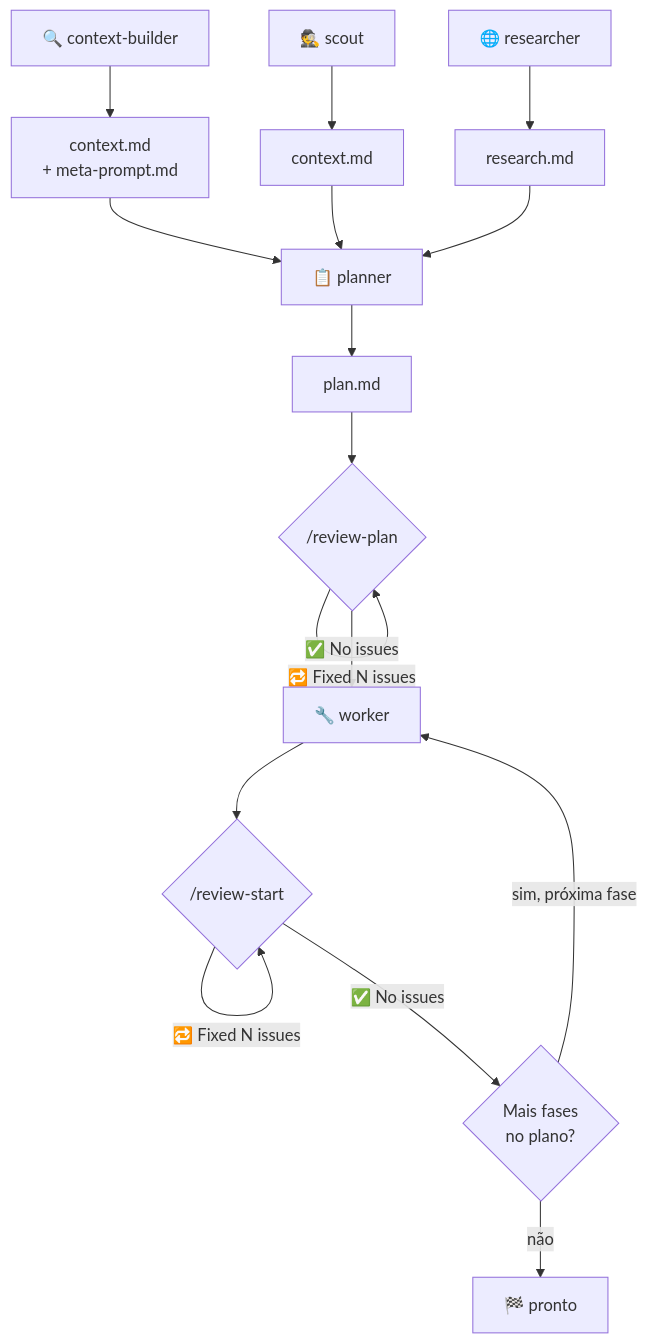
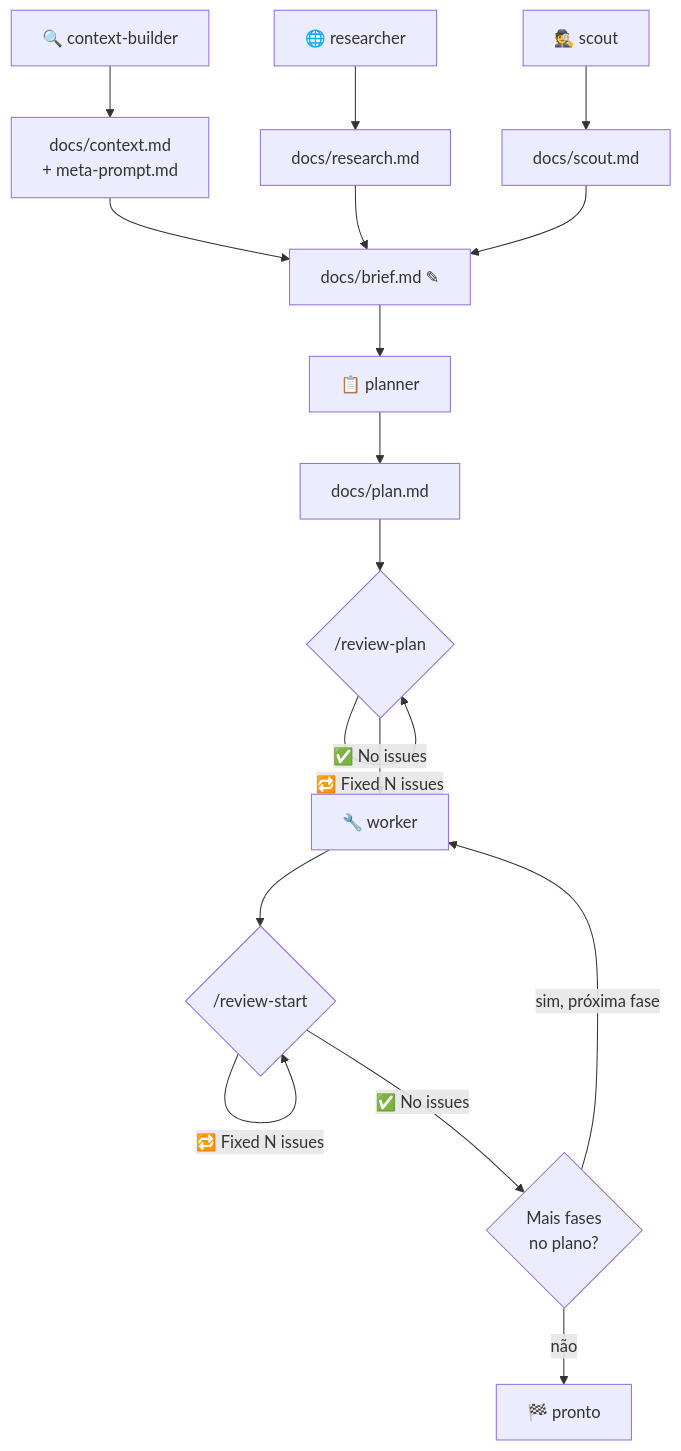
One commit to docg1701/pi-dev-config changed the diagram in PI_DEV_CHEATSHEET.md. Above: the diagram before and after it, drawn with Mermaid. The commit also changed other lines of this file, not shown here.

Commit message:
Restaura docs/ e brief.md como convenção do workflow (não defaults de agente)

````diff
--- a/PI_DEV_CHEATSHEET.md
+++ b/PI_DEV_CHEATSHEET.md
@@ -35,21 +35,23 @@
 ```mermaid
 flowchart TD
-    CB["🔍 context-builder"] --> CTX["context.md<br>+ meta-prompt.md"]
-    RS["🌐 researcher"] --> RES["research.md"]
-    SC["🕵️ scout"] --> CTX2["context.md"]
+    CB["🔍 context-builder"] --> CTX["docs/context.md<br>+ meta-prompt.md"]
+    RS["🌐 researcher"] --> RES["docs/research.md"]
+    SC["🕵️ scout"] --> SCT["docs/scout.md"]
 
-    CTX --> PL["📋 planner"]
-    CTX2 --> PL
-    RES --> PL
-    PL --> PLAN["plan.md"]
+    CTX --> BRIEF["docs/brief.md ✎"]
+    RES --> BRIEF
+    SCT --> BRIEF
+
+    BRIEF --> PL["📋 planner"]
+    PL --> PLAN["docs/plan.md"]
 
     PLAN --> RPL{"/review-plan"}
     RPL -->|"✅ No issues"| WK["🔧 worker"]
     RPL -->|"🔁 Fixed N issues"| RPL
 
     WK --> RST{"/review-start"}
     RST -->|"🔁 Fixed N issues"| RST
     RST -->|"✅ No issues"| MAIS{"Mais fases<br>no plano?"}
     MAIS -->|"sim, próxima fase"| WK
     MAIS -->|"não"| FIM["🏁 pronto"]
 ```
````
